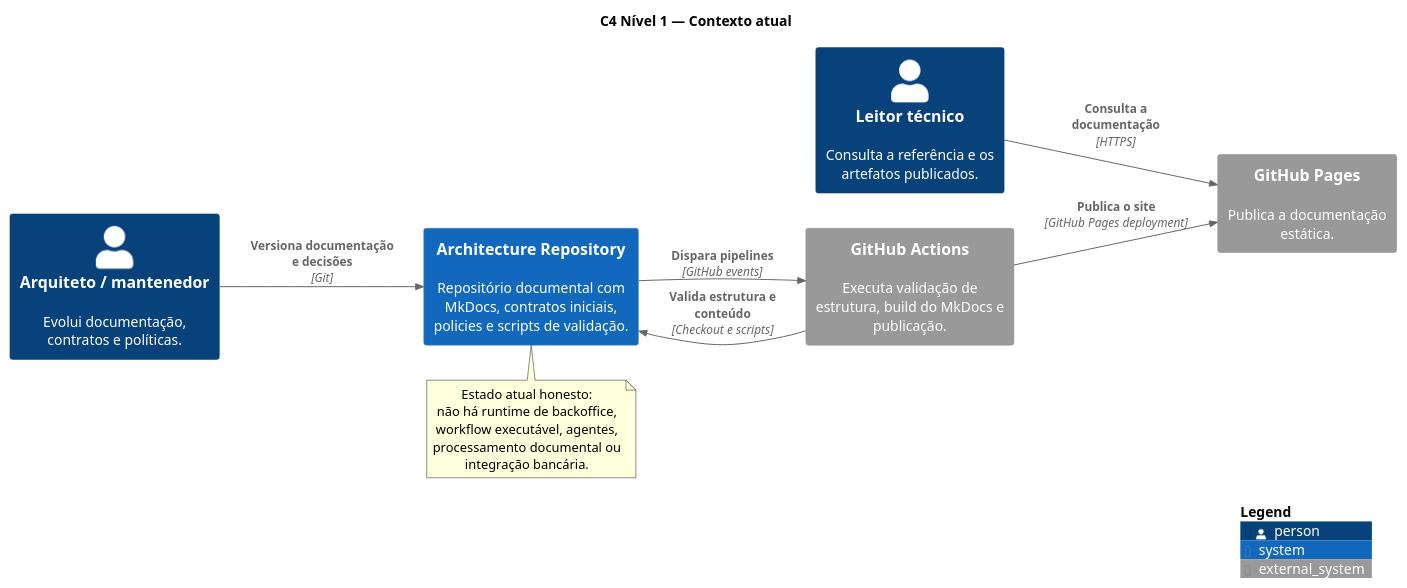
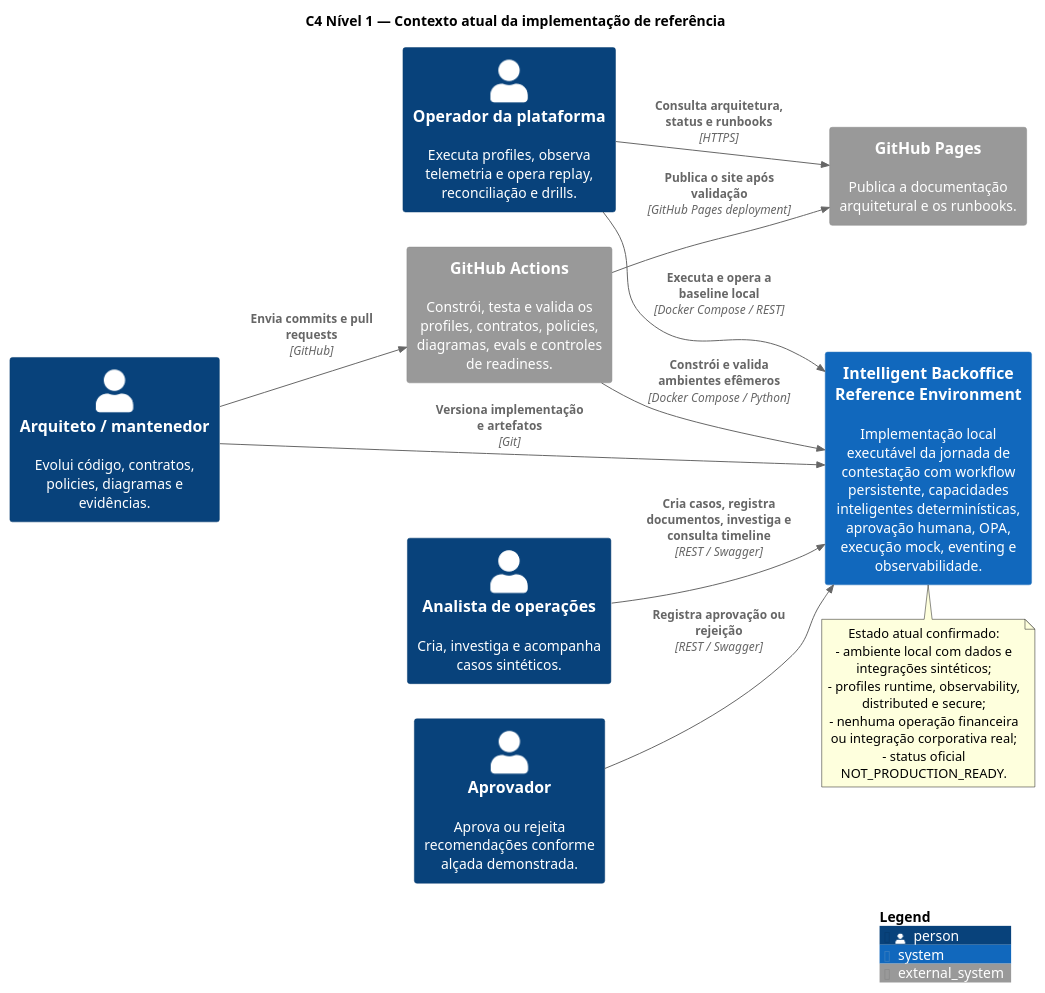
One commit to leandrosflora/intelligent-backoffice-platform-architecture changed the diagram in C4/c4-context-current.puml. Above: the diagram before and after it, drawn with PlantUML.

Commit message:
Atualiza contexto C4 da baseline executável

```diff
--- a/C4/c4-context-current.puml
+++ b/C4/c4-context-current.puml
@@ -1,29 +1,35 @@
 @startuml
 !include <C4/C4_Context>
 
-title C4 Nível 1 — Contexto atual
+title C4 Nível 1 — Contexto atual da implementação de referência
 LAYOUT_LEFT_RIGHT()
 
-Person(author, "Arquiteto / mantenedor", "Evolui documentação, contratos e políticas.")
-Person(reader, "Leitor técnico", "Consulta a referência e os artefatos publicados.")
+Person(analyst, "Analista de operações", "Cria, investiga e acompanha casos sintéticos.")
+Person(approver, "Aprovador", "Aprova ou rejeita recomendações conforme alçada demonstrada.")
+Person(operator, "Operador da plataforma", "Executa profiles, observa telemetria e opera replay, reconciliação e drills.")
+Person(maintainer, "Arquiteto / mantenedor", "Evolui código, contratos, policies, diagramas e evidências.")
 
-System(repo, "Architecture Repository", "Repositório documental com MkDocs, contratos iniciais, policies e scripts de validação.")
+System(platform, "Intelligent Backoffice Reference Environment", "Implementação local executável da jornada de contestação com workflow persistente, capacidades inteligentes determinísticas, aprovação humana, OPA, execução mock, eventing e observabilidade.")
 
-System_Ext(actions, "GitHub Actions", "Executa validação de estrutura, build do MkDocs e publicação.")
-System_Ext(pages, "GitHub Pages", "Publica a documentação estática.")
+System_Ext(actions, "GitHub Actions", "Constrói, testa e valida os profiles, contratos, policies, diagramas, evals e controles de readiness.")
+System_Ext(pages, "GitHub Pages", "Publica a documentação arquitetural e os runbooks.")
 
-Rel(author, repo, "Versiona documentação e decisões", "Git")
-Rel(repo, actions, "Dispara pipelines", "GitHub events")
-Rel(actions, repo, "Valida estrutura e conteúdo", "Checkout e scripts")
-Rel(actions, pages, "Publica o site", "GitHub Pages deployment")
-Rel(reader, pages, "Consulta a documentação", "HTTPS")
+Rel(analyst, platform, "Cria casos, registra documentos, investiga e consulta timeline", "REST / Swagger")
+Rel(approver, platform, "Registra aprovação ou rejeição", "REST / Swagger")
+Rel(operator, platform, "Executa e opera a baseline local", "Docker Compose / REST")
+Rel(maintainer, platform, "Versiona implementação e artefatos", "Git")
+Rel(maintainer, actions, "Envia commits e pull requests", "GitHub")
+Rel(actions, platform, "Constrói e valida ambientes efêmeros", "Docker Compose / Python")
+Rel(actions, pages, "Publica o site após validação", "GitHub Pages deployment")
+Rel(operator, pages, "Consulta arquitetura, status e runbooks", "HTTPS")
 
-note bottom of repo
-Estado atual honesto:
-não há runtime de backoffice,
-workflow executável, agentes,
-processamento documental ou integração bancária.
+note bottom of platform
+Estado atual confirmado:
+- ambiente local com dados e integrações sintéticos;
+- profiles runtime, observability, distributed e secure;
+- nenhuma operação financeira ou integração corporativa real;
+- status oficial NOT_PRODUCTION_READY.
 end note
 
 SHOW_LEGEND()
 @enduml
```
